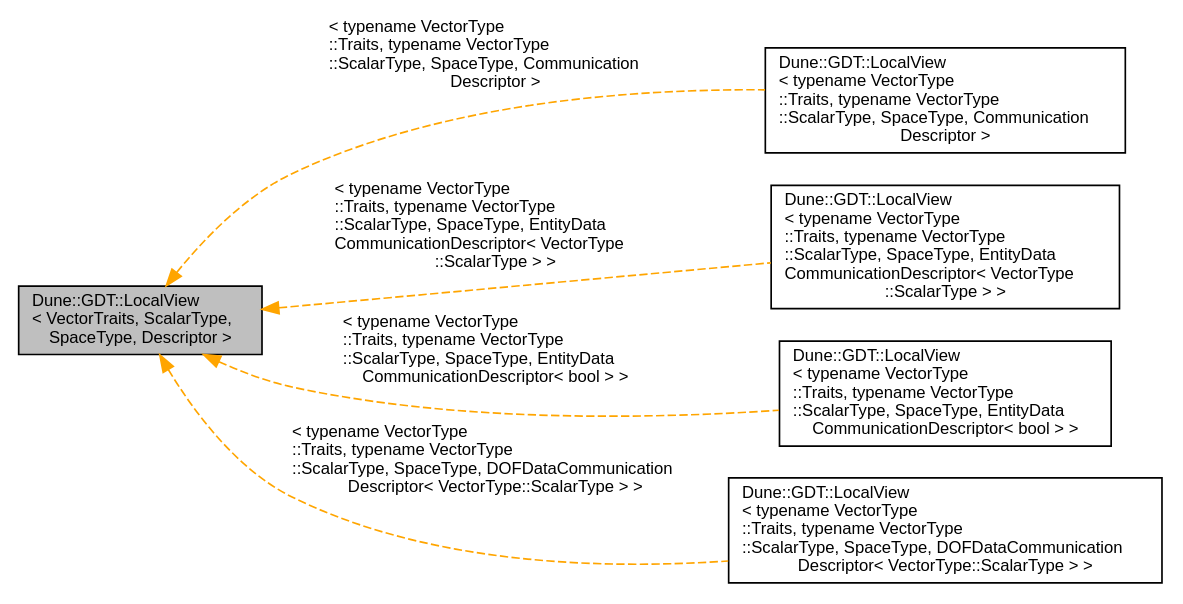
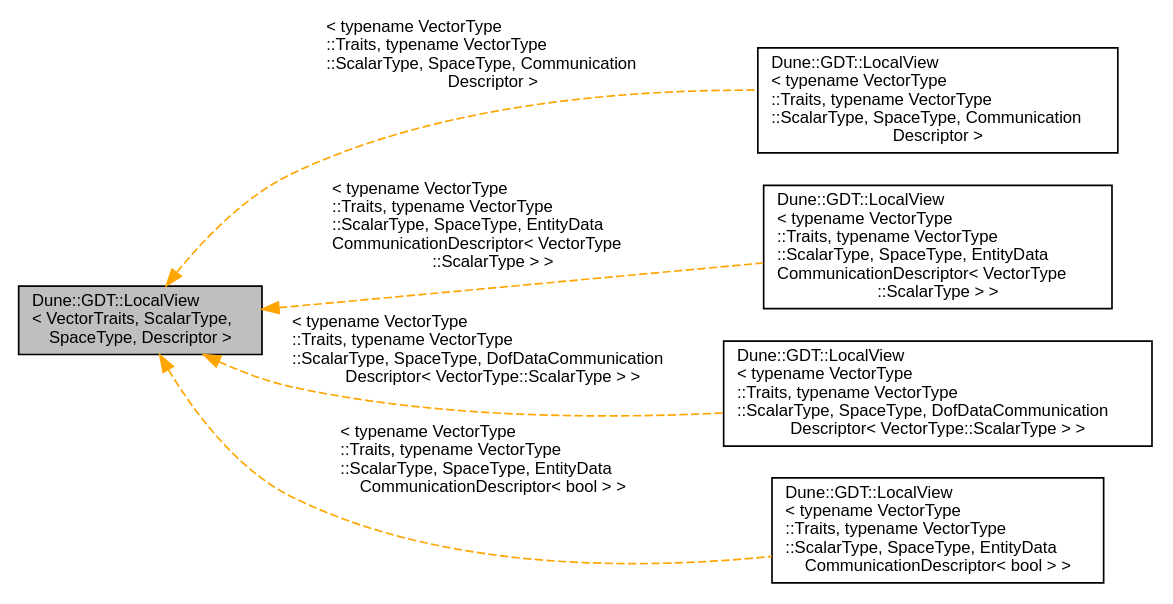
One commit to dune-community/dune-community.github.io changed the diagram in docs/dune-gdt/master/a03028.dot. Above: the diagram before and after it, drawn with Graphviz. The commit also changed 148 other files, not shown here.

Commit message:
Updated documentation for dune-gdt master

```diff
--- a/docs/dune-gdt/master/a03028.dot
+++ b/docs/dune-gdt/master/a03028.dot
@@ -1,15 +1,15 @@
 digraph "Dune::GDT::LocalView&lt; VectorTraits, ScalarType, SpaceType, Descriptor &gt;"
 {
   edge [fontname="Helvetica",fontsize="10",labelfontname="Helvetica",labelfontsize="10"];
   node [fontname="Helvetica",fontsize="10",shape=record];
   rankdir="LR";
   Node0 [label="Dune::GDT::LocalView\l\< VectorTraits, ScalarType,\l SpaceType, Descriptor \>",height=0.2,width=0.4,color="black", fillcolor="grey75", style="filled", fontcolor="black"];
   Node0 -> Node1 [dir="back",color="orange",fontsize="10",style="dashed",label=" \< typename VectorType\l::Traits, typename VectorType\l::ScalarType, SpaceType, Communication\lDescriptor \>" ,fontname="Helvetica"];
   Node1 [label="Dune::GDT::LocalView\l\< typename VectorType\l::Traits, typename VectorType\l::ScalarType, SpaceType, Communication\lDescriptor \>",height=0.2,width=0.4,color="black", fillcolor="white", style="filled",URL="$a03029.html"];
   Node0 -> Node2 [dir="back",color="orange",fontsize="10",style="dashed",label=" \< typename VectorType\l::Traits, typename VectorType\l::ScalarType, SpaceType, EntityData\lCommunicationDescriptor\< VectorType\l::ScalarType \> \>" ,fontname="Helvetica"];
   Node2 [label="Dune::GDT::LocalView\l\< typename VectorType\l::Traits, typename VectorType\l::ScalarType, SpaceType, EntityData\lCommunicationDescriptor\< VectorType\l::ScalarType \> \>",height=0.2,width=0.4,color="black", fillcolor="white", style="filled",URL="$a03029.html"];
-  Node0 -> Node3 [dir="back",color="orange",fontsize="10",style="dashed",label=" \< typename VectorType\l::Traits, typename VectorType\l::ScalarType, SpaceType, EntityData\lCommunicationDescriptor\< bool \> \>" ,fontname="Helvetica"];
-  Node3 [label="Dune::GDT::LocalView\l\< typename VectorType\l::Traits, typename VectorType\l::ScalarType, SpaceType, EntityData\lCommunicationDescriptor\< bool \> \>",height=0.2,width=0.4,color="black", fillcolor="white", style="filled",URL="$a03029.html"];
-  Node0 -> Node4 [dir="back",color="orange",fontsize="10",style="dashed",label=" \< typename VectorType\l::Traits, typename VectorType\l::ScalarType, SpaceType, DOFDataCommunication\lDescriptor\< VectorType::ScalarType \> \>" ,fontname="Helvetica"];
-  Node4 [label="Dune::GDT::LocalView\l\< typename VectorType\l::Traits, typename VectorType\l::ScalarType, SpaceType, DOFDataCommunication\lDescriptor\< VectorType::ScalarType \> \>",height=0.2,width=0.4,color="black", fillcolor="white", style="filled",URL="$a03029.html"];
+  Node0 -> Node3 [dir="back",color="orange",fontsize="10",style="dashed",label=" \< typename VectorType\l::Traits, typename VectorType\l::ScalarType, SpaceType, DofDataCommunication\lDescriptor\< VectorType::ScalarType \> \>" ,fontname="Helvetica"];
+  Node3 [label="Dune::GDT::LocalView\l\< typename VectorType\l::Traits, typename VectorType\l::ScalarType, SpaceType, DofDataCommunication\lDescriptor\< VectorType::ScalarType \> \>",height=0.2,width=0.4,color="black", fillcolor="white", style="filled",URL="$a03029.html"];
+  Node0 -> Node4 [dir="back",color="orange",fontsize="10",style="dashed",label=" \< typename VectorType\l::Traits, typename VectorType\l::ScalarType, SpaceType, EntityData\lCommunicationDescriptor\< bool \> \>" ,fontname="Helvetica"];
+  Node4 [label="Dune::GDT::LocalView\l\< typename VectorType\l::Traits, typename VectorType\l::ScalarType, SpaceType, EntityData\lCommunicationDescriptor\< bool \> \>",height=0.2,width=0.4,color="black", fillcolor="white", style="filled",URL="$a03029.html"];
 }
```
